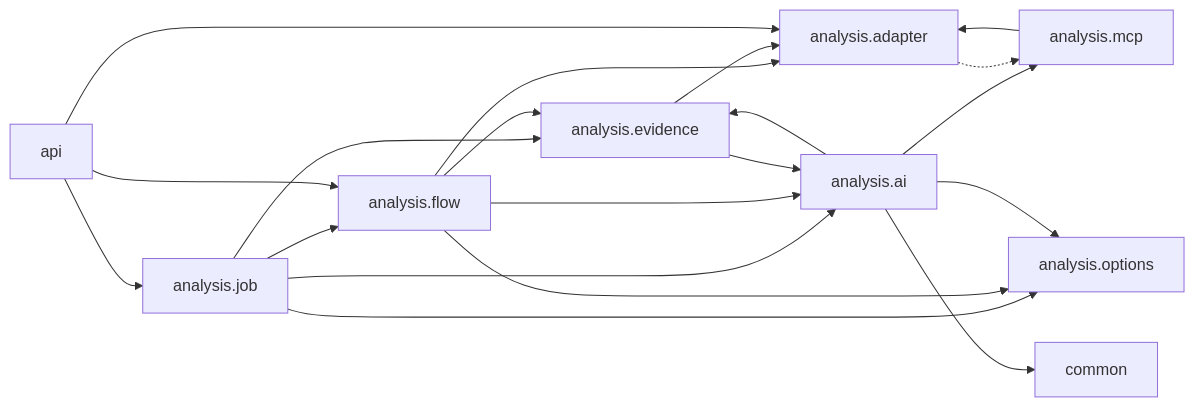
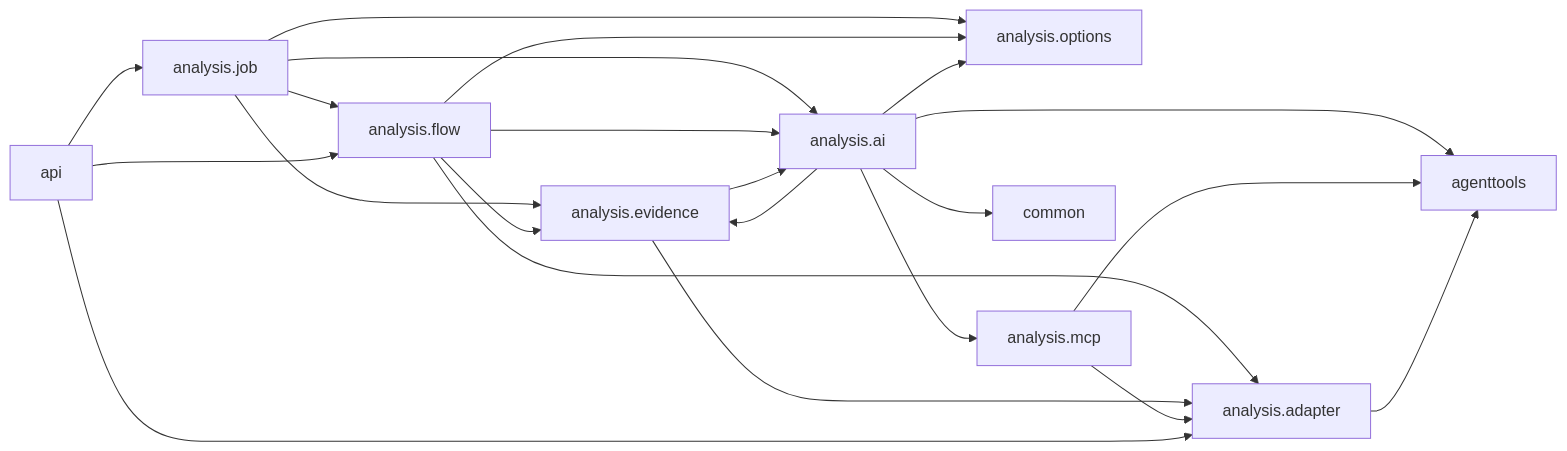
One commit to herald-assistant/incident-tracker changed the second of 2 diagrams in docs/architecture/05-package-dependencies.md. Above: the diagram before and after it, drawn with Mermaid. The commit also changed other lines of this file and 28 other files, not shown here.

````diff
--- a/docs/architecture/05-package-dependencies.md
+++ b/docs/architecture/05-package-dependencies.md
@@ -125,28 +125,30 @@
 ```mermaid
 flowchart LR
     JOB["analysis.job"] --> FLOW["analysis.flow"]
     JOB --> AI["analysis.ai"]
     JOB --> EVIDENCE["analysis.evidence"]
     JOB --> OPTIONS["analysis.options"]
 
     FLOW --> EVIDENCE
     FLOW --> AI
     FLOW --> OPTIONS
     FLOW --> ADAPTER["analysis.adapter"]
 
     EVIDENCE --> ADAPTER
     EVIDENCE --> AI
 
     AI --> MCP["analysis.mcp"]
+    AI --> AGENTTOOLS["agenttools"]
     AI --> EVIDENCE
     AI --> OPTIONS
     AI --> COMMON["common"]
 
     MCP --> ADAPTER
+    MCP --> AGENTTOOLS
 
-    ADAPTER -.-> MCP
+    ADAPTER --> AGENTTOOLS
 
     API["api"] --> ADAPTER
     API --> FLOW
     API --> JOB
 ```
````
